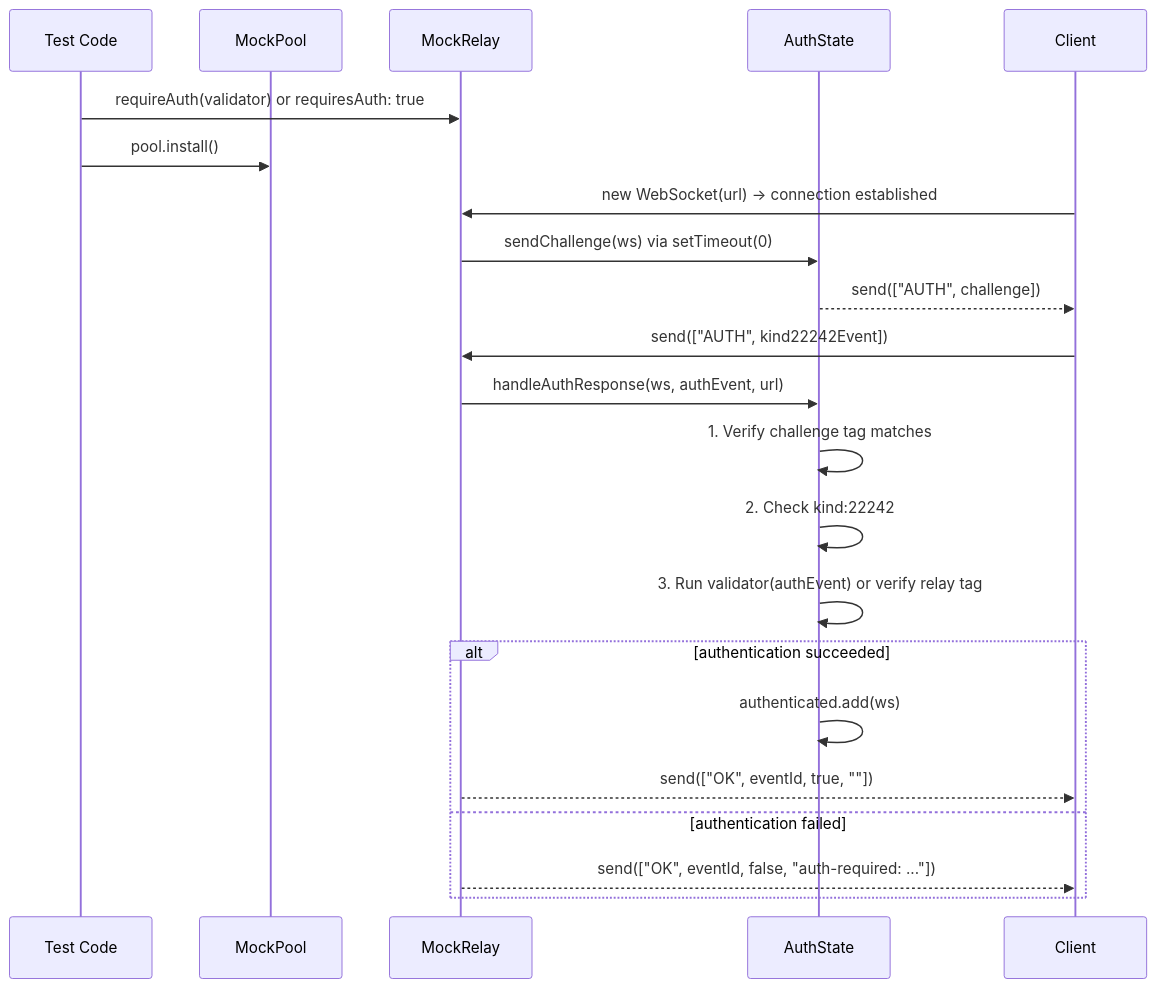
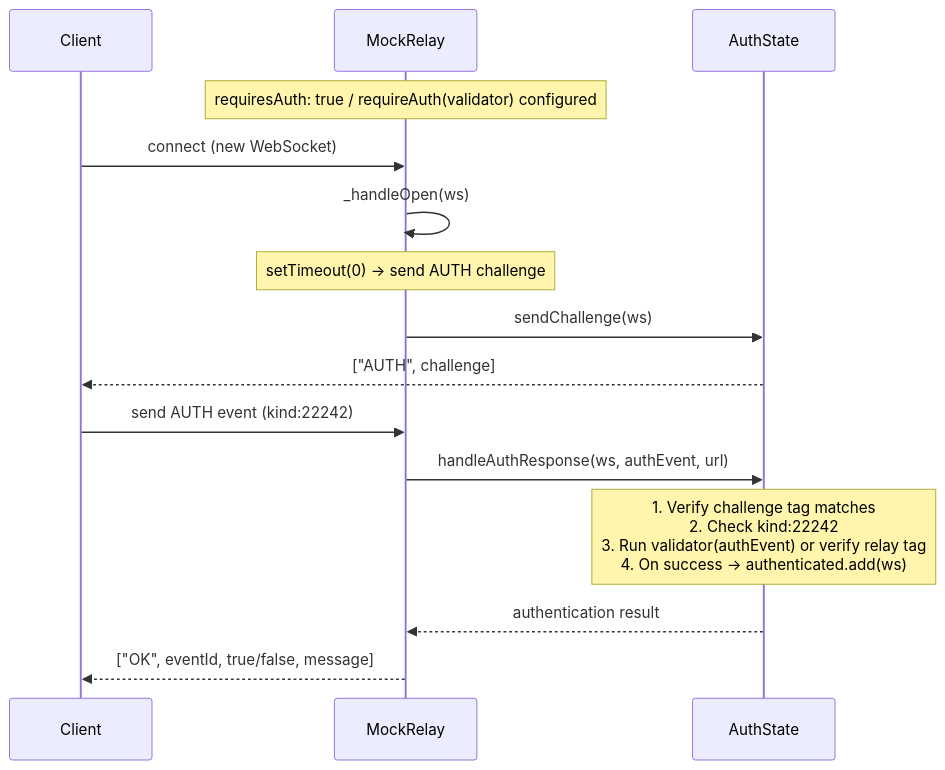
Before and after one commit to ikuradon/tsunagiya: diagram 11 of 15 in docs/en/reference/architecture.md, drawn with Mermaid. The commit also changed other lines of this file and 12 other files, not shown here.

First line of the commit message:
fix: architecture.md の日英齟齬を解消し未使用ファイルを削除

````diff
--- a/docs/en/reference/architecture.md
+++ b/docs/en/reference/architecture.md
@@ -368,26 +352,20 @@
 ```mermaid
 sequenceDiagram
-    participant TC as Test Code
-    participant MP as MockPool
+    participant C as Client
     participant MR as MockRelay
     participant AS as AuthState
-    participant C as Client
 
-    TC->>MR: requireAuth(validator) or requiresAuth: true
-    TC->>MP: pool.install()
-    C->>MR: new WebSocket(url) → connection established
-    MR->>AS: sendChallenge(ws) via setTimeout(0)
-    AS-->>C: send(["AUTH", challenge])
+    Note over MR: requiresAuth: true / requireAuth(validator) configured
 
-    C->>MR: send(["AUTH", kind22242Event])
+    C->>MR: connect (new WebSocket)
+    MR->>MR: _handleOpen(ws)
+    Note over MR: setTimeout(0) → send AUTH challenge
+    MR->>AS: sendChallenge(ws)
+    AS-->>C: ["AUTH", challenge]
+
+    C->>MR: send AUTH event (kind:22242)
     MR->>AS: handleAuthResponse(ws, authEvent, url)
-    AS->>AS: 1. Verify challenge tag matches
-    AS->>AS: 2. Check kind:22242
-    AS->>AS: 3. Run validator(authEvent) or verify relay tag
-    alt authentication succeeded
-        AS->>AS: authenticated.add(ws)
-        MR-->>C: send(["OK", eventId, true, ""])
-    else authentication failed
-        MR-->>C: send(["OK", eventId, false, "auth-required: ..."])
-    end
+    Note over AS: 1. Verify challenge tag matches<br>2. Check kind:22242<br>3. Run validator(authEvent) or verify relay tag<br>4. On success → authenticated.add(ws)
+    AS-->>MR: authentication result
+    MR-->>C: ["OK", eventId, true/false, message]
 ```
````
